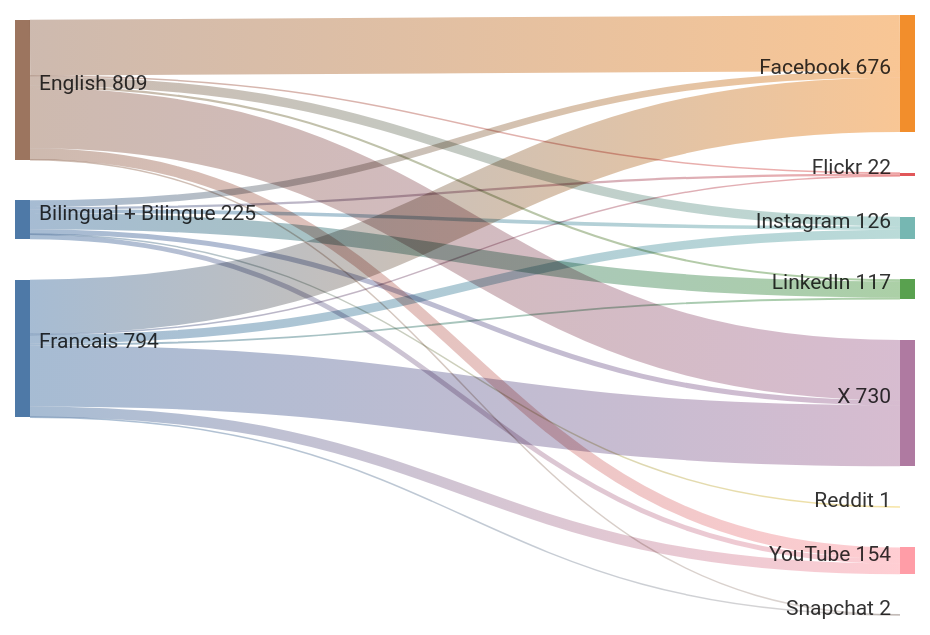
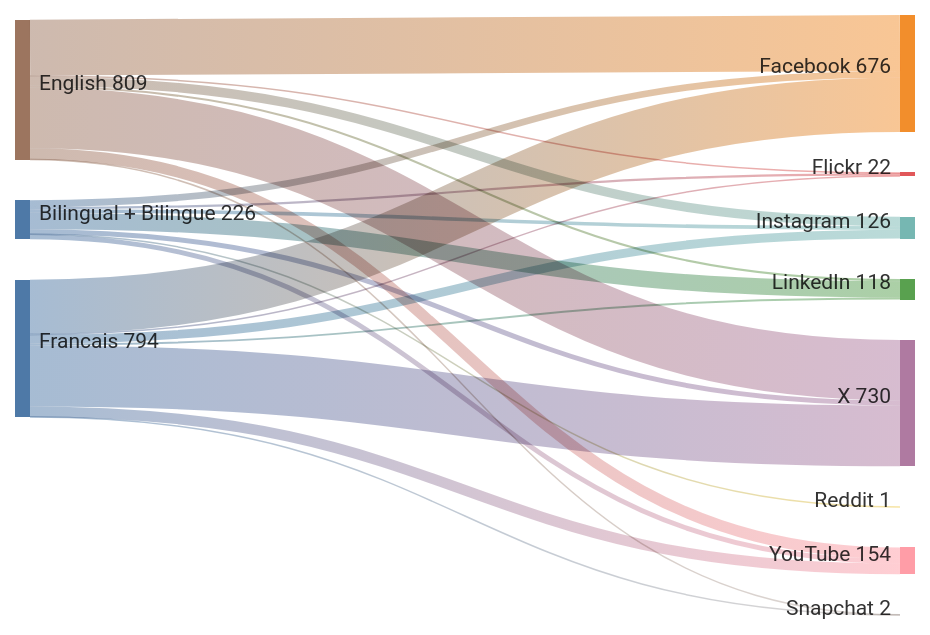
The diagram in sankey_diagram.md (PatLittle/GC-Socials), drawn with Mermaid before and after one commit.

Commit message:
Update Sankey diagram for the most recent day

````diff
--- a/sankey_diagram.md
+++ b/sankey_diagram.md
@@ -1,24 +1,24 @@
 ```mermaid
 sankey-beta
   Bilingual + Bilingue,Facebook,39
   Bilingual + Bilingue,Flickr,13
   Bilingual + Bilingue,Instagram,21
-  Bilingual + Bilingue,LinkedIn,94
+  Bilingual + Bilingue,LinkedIn,95
   Bilingual + Bilingue,Reddit,1
   Bilingual + Bilingue,X,29
   Bilingual + Bilingue,YouTube,28
   English,Facebook,323
   English,Flickr,5
   English,Instagram,54
   English,LinkedIn,12
   English,Snapchat,1
   English,X,349
   English,YouTube,65
   Francais,Facebook,314
   Francais,Flickr,4
   Francais,Instagram,51
   Francais,LinkedIn,11
   Francais,Snapchat,1
   Francais,X,352
   Francais,YouTube,61
 ```
````
